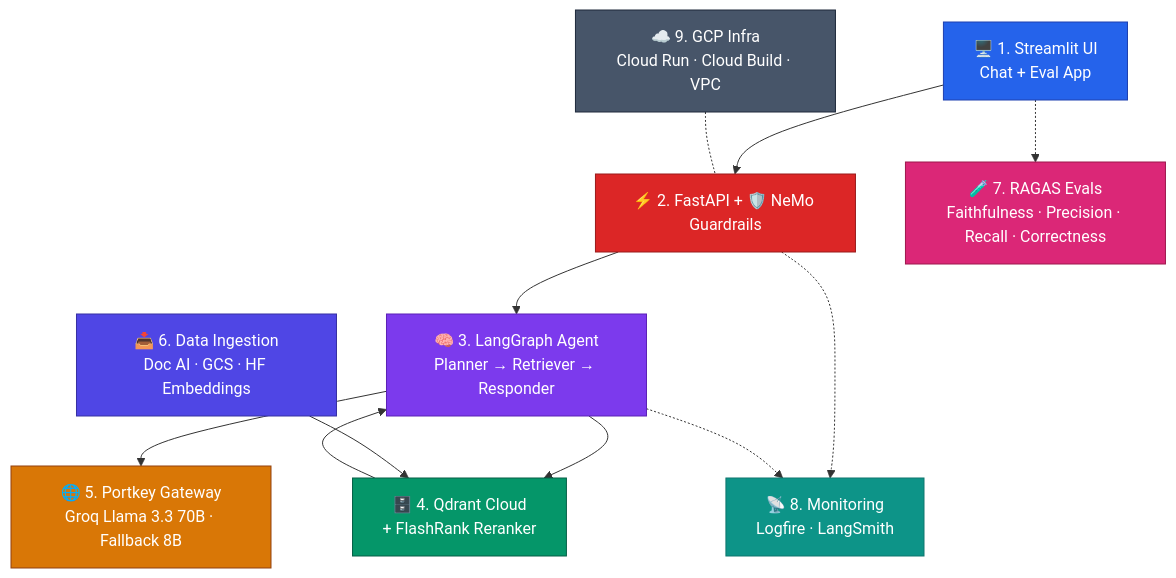
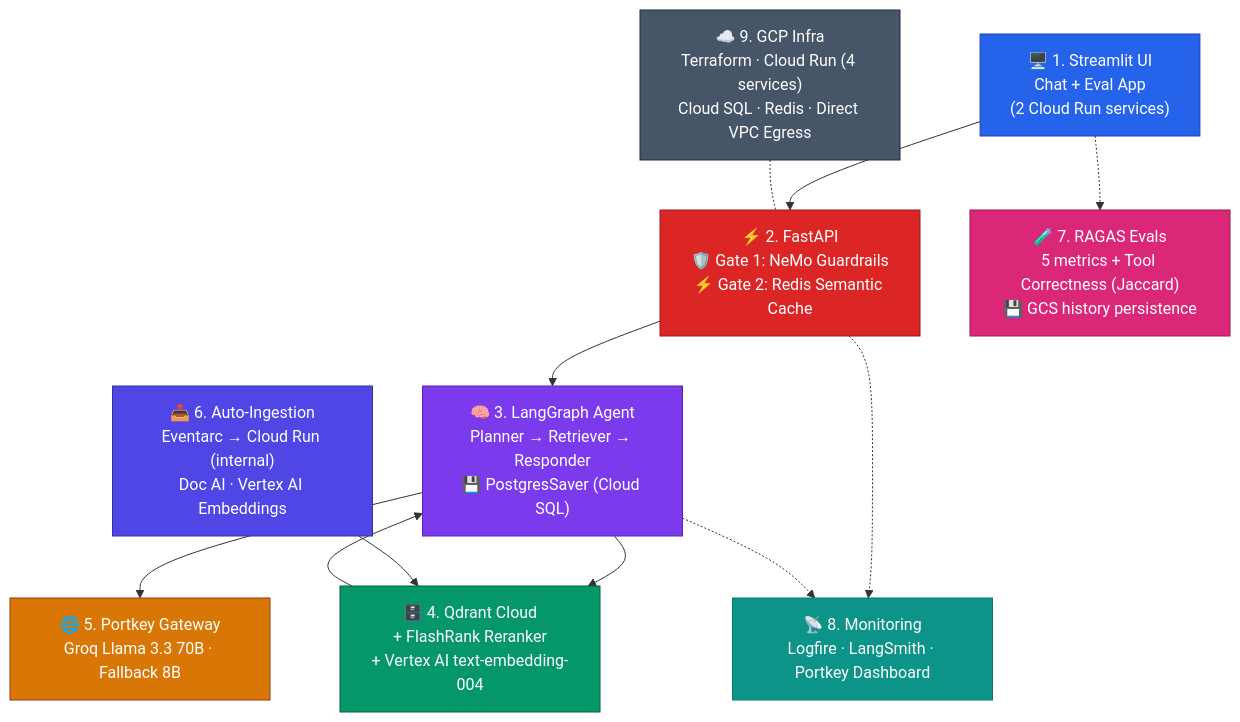
One commit to d-hackmt/enterprise-rag-with-guardrails-gateways-evals changed the third of 3 diagrams in ARCHITECTURE.md. Above: the diagram before and after it, drawn with Mermaid. The commit also changed other lines of this file and 60 other files, not shown here.

Commit message:
Scalable architecture

````diff
--- a/ARCHITECTURE.md
+++ b/ARCHITECTURE.md
@@ -271,41 +306,41 @@
 ```mermaid
 graph TB
-    A["🖥️ 1. Streamlit UI\nChat + Eval App"]
-    B["⚡ 2. FastAPI + 🛡️ NeMo Guardrails"]
-    C["🧠 3. LangGraph Agent\nPlanner → Retriever → Responder"]
-    D["🗄️ 4. Qdrant Cloud\n+ FlashRank Reranker"]
+    A["🖥️ 1. Streamlit UI\nChat + Eval App\n(2 Cloud Run services)"]
+    B["⚡ 2. FastAPI\n🛡️ Gate 1: NeMo Guardrails\n⚡ Gate 2: Redis Semantic Cache"]
+    C["🧠 3. LangGraph Agent\nPlanner → Retriever → Responder\n💾 PostgresSaver (Cloud SQL)"]
+    D["🗄️ 4. Qdrant Cloud\n+ FlashRank Reranker\n+ Vertex AI text-embedding-004"]
     E["🌐 5. Portkey Gateway\nGroq Llama 3.3 70B · Fallback 8B"]
-    F["📥 6. Data Ingestion\nDoc AI · GCS · HF Embeddings"]
-    G["🧪 7. RAGAS Evals\nFaithfulness · Precision · Recall · Correctness"]
-    H["📡 8. Monitoring\nLogfire · LangSmith"]
-    I["☁️ 9. GCP Infra\nCloud Run · Cloud Build · VPC"]
+    F["📥 6. Auto-Ingestion\nEventarc → Cloud Run (internal)\nDoc AI · Vertex AI Embeddings"]
+    G["🧪 7. RAGAS Evals\n5 metrics + Tool Correctness (Jaccard)\n💾 GCS history persistence"]
+    H["📡 8. Monitoring\nLogfire · LangSmith · Portkey Dashboard"]
+    I["☁️ 9. GCP Infra\nTerraform · Cloud Run (4 services)\nCloud SQL · Redis · Direct VPC Egress"]
 
     A --> B --> C
     C --> D --> C
     C --> E
     F --> D
     A -.-> G
     B -.-> H
     C -.-> H
     I -.- B
 
     classDef ui      fill:#2563EB,stroke:#1E40AF,color:#fff
     classDef safety  fill:#DC2626,stroke:#991B1B,color:#fff
     classDef agent   fill:#7C3AED,stroke:#5B21B6,color:#fff
     classDef db      fill:#059669,stroke:#065F46,color:#fff
     classDef llm     fill:#D97706,stroke:#92400E,color:#fff
     classDef ingest  fill:#4F46E5,stroke:#3730A3,color:#fff
     classDef evals   fill:#DB2777,stroke:#9D174D,color:#fff
     classDef obs     fill:#0D9488,stroke:#0F766E,color:#fff
     classDef infra   fill:#475569,stroke:#1E293B,color:#fff
 
     class A ui
     class B safety
     class C agent
     class D db
     class E llm
     class F ingest
     class G evals
     class H obs
     class I infra
 ```
````
